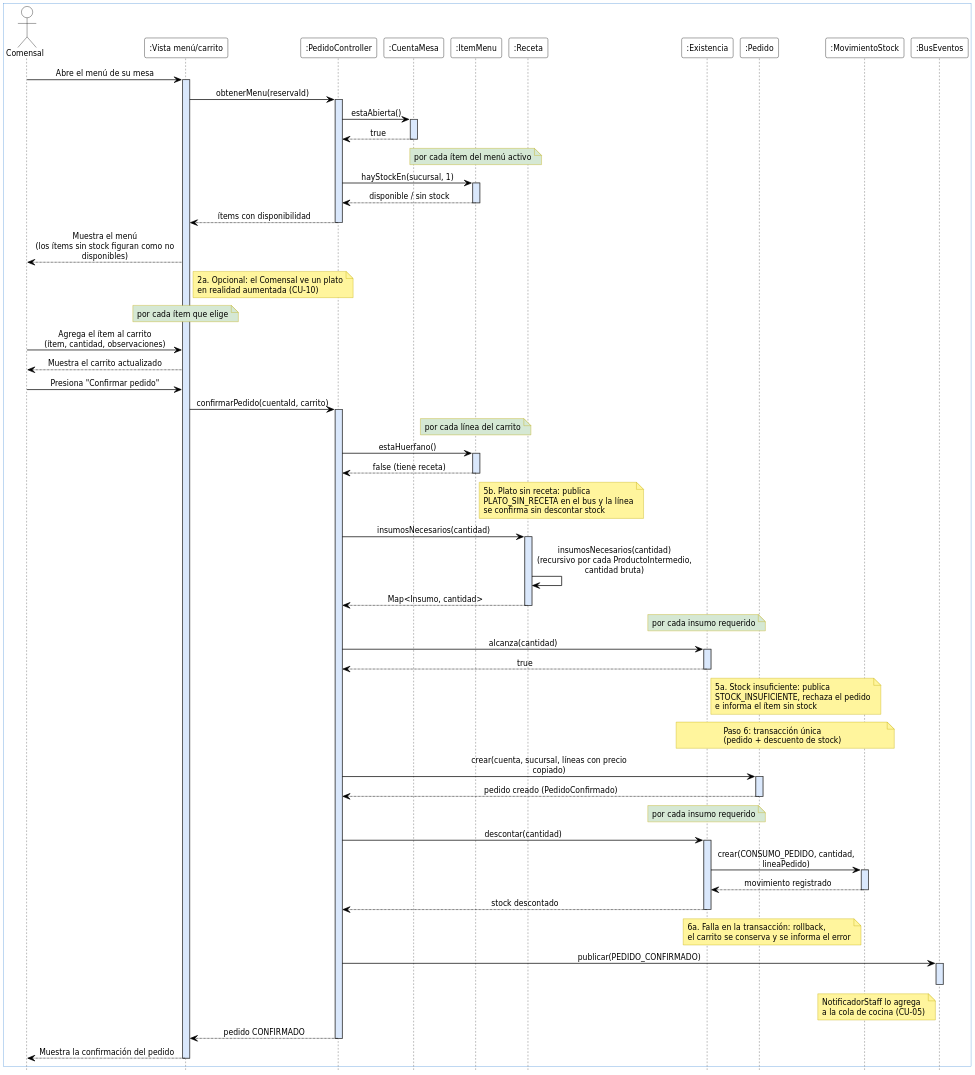
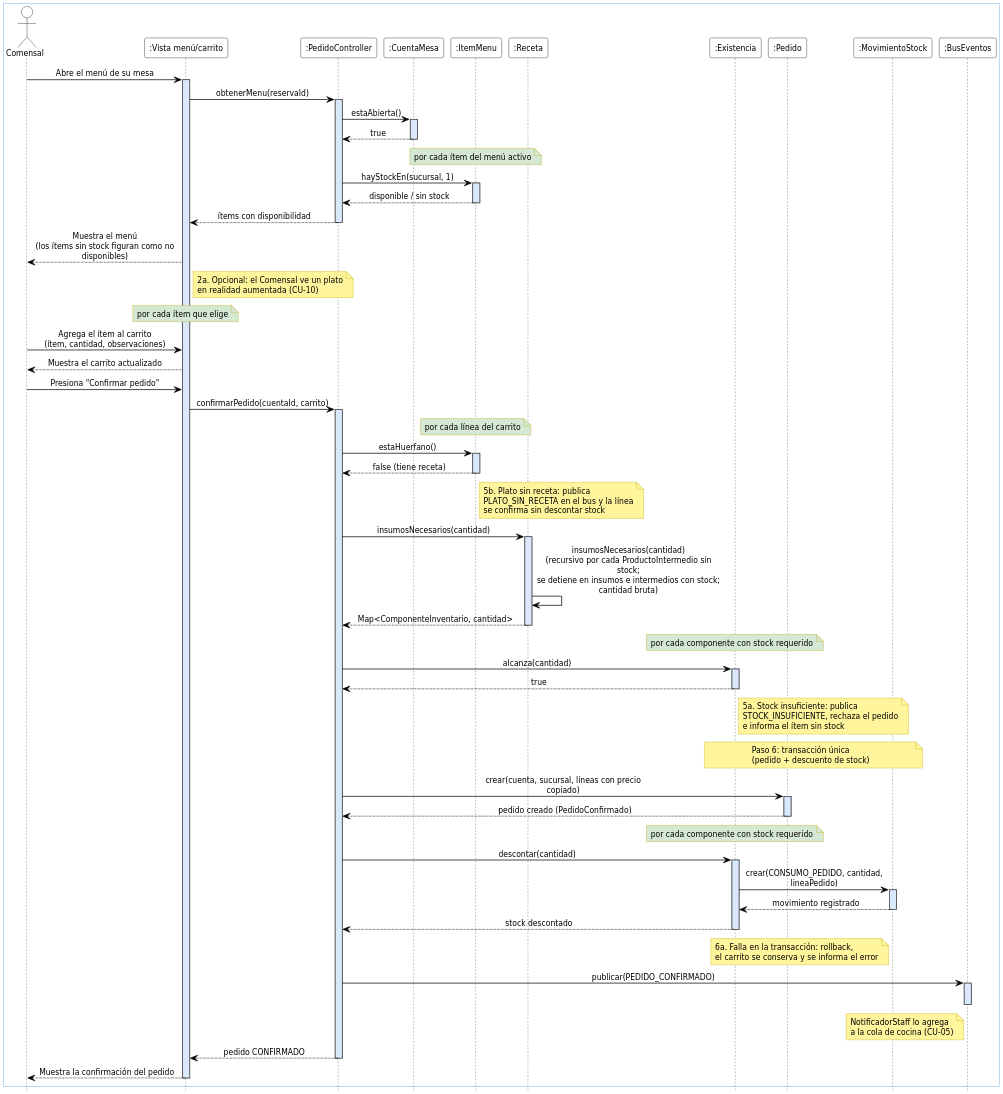
Before and after one commit to GabrielLigresti/TFG-PGIM: the diagram in docs/modelos/secuencia/CU-04-realizar-pedido/v1/cu-04-secuencia-v1.puml, drawn with PlantUML. The commit also changed 26 other files, not shown here.

Commit message:
Agregar los intermedios con stock, las tandas de producción y el motivo de merma en los modelos

```diff
--- a/docs/modelos/secuencia/CU-04-realizar-pedido/v1/cu-04-secuencia-v1.puml
+++ b/docs/modelos/secuencia/CU-04-realizar-pedido/v1/cu-04-secuencia-v1.puml
@@ -1,113 +1,113 @@
 @startuml cu-04-secuencia-v1
 ' Formato Vialia: participantes ":Clase", barras de activación celestes,
 ' sin numeración ni fragmentos; los flujos alternativos y los ciclos van como notas.
 skinparam dpi 200
 skinparam defaultFontName DejaVu Sans Condensed
 skinparam defaultFontSize 12
 skinparam shadowing false
 skinparam maxMessageSize 260
 skinparam sequenceMessageAlign center
 skinparam responseMessageBelowArrow false
 skinparam ArrowColor #000000
 skinparam ArrowThickness 1
 skinparam ActorBorderColor #000000
 skinparam ActorBackgroundColor #FFFFFF
 skinparam ActorFontColor #000000
 skinparam ParticipantBorderColor #000000
 skinparam ParticipantBackgroundColor #FFFFFF
 skinparam ParticipantFontColor #000000
 skinparam NoteBorderColor #BFA800
 skinparam NoteBackgroundColor #FFF59D
 skinparam NoteFontColor #000000
 skinparam BoxPadding 12
 skinparam sequence {
   LifeLineBorderColor #444444
   LifeLineBackgroundColor #DAE8FC
   BoxBorderColor #4A90D9
   BoxBackgroundColor #FFFFFF
 }
 hide footbox
 
 box
   actor Comensal as C
   participant ":Vista menú/carrito" as V
   participant ":PedidoController" as PC
   participant ":CuentaMesa" as CM
   participant ":ItemMenu" as IM
   participant ":Receta" as R
   participant ":Existencia" as E
   participant ":Pedido" as P
   participant ":MovimientoStock" as MS
   participant ":BusEventos" as BUS
 end box
 
 C -> V : Abre el menú de su mesa
 activate V
 V -> PC : obtenerMenu(reservaId)
 activate PC
 PC -> CM : estaAbierta()
 activate CM
 CM --> PC : true
 deactivate CM
 note over IM #D5E8D4 : por cada ítem del menú activo
 PC -> IM : hayStockEn(sucursal, 1)
 activate IM
 IM --> PC : disponible / sin stock
 deactivate IM
 PC --> V : ítems con disponibilidad
 deactivate PC
 V --> C : Muestra el menú\n(los ítems sin stock figuran como no disponibles)
 
 note right of V : 2a. Opcional: el Comensal ve un plato\nen realidad aumentada (CU-10)
 
 note over V #D5E8D4 : por cada ítem que elige
 C -> V : Agrega el ítem al carrito\n(ítem, cantidad, observaciones)
 V --> C : Muestra el carrito actualizado
 C -> V : Presiona "Confirmar pedido"
 V -> PC : confirmarPedido(cuentaId, carrito)
 activate PC
 
 note over IM #D5E8D4 : por cada línea del carrito
 PC -> IM : estaHuerfano()
 activate IM
 IM --> PC : false (tiene receta)
 deactivate IM
 note right of IM : 5b. Plato sin receta: publica\nPLATO_SIN_RECETA en el bus y la línea\nse confirma sin descontar stock
 PC -> R : insumosNecesarios(cantidad)
 activate R
-R -> R : insumosNecesarios(cantidad)\n(recursivo por cada ProductoIntermedio,\ncantidad bruta)
-R --> PC : Map<Insumo, cantidad>
+R -> R : insumosNecesarios(cantidad)\n(recursivo por cada ProductoIntermedio sin stock;\nse detiene en insumos e intermedios con stock;\ncantidad bruta)
+R --> PC : Map<ComponenteInventario, cantidad>
 deactivate R
 
-note over E #D5E8D4 : por cada insumo requerido
+note over E #D5E8D4 : por cada componente con stock requerido
 PC -> E : alcanza(cantidad)
 activate E
 E --> PC : true
 deactivate E
 note right of E : 5a. Stock insuficiente: publica\nSTOCK_INSUFICIENTE, rechaza el pedido\ne informa el ítem sin stock
 
 note over E, MS : Paso 6: transacción única\n(pedido + descuento de stock)
 PC -> P : crear(cuenta, sucursal, líneas con precio copiado)
 activate P
 P --> PC : pedido creado (PedidoConfirmado)
 deactivate P
-note over E #D5E8D4 : por cada insumo requerido
+note over E #D5E8D4 : por cada componente con stock requerido
 PC -> E : descontar(cantidad)
 activate E
 E -> MS : crear(CONSUMO_PEDIDO, cantidad, lineaPedido)
 activate MS
 MS --> E : movimiento registrado
 deactivate MS
 E --> PC : stock descontado
 deactivate E
 note left of MS : 6a. Falla en la transacción: rollback,\nel carrito se conserva y se informa el error
 
 PC -> BUS : publicar(PEDIDO_CONFIRMADO)
 activate BUS
 deactivate BUS
 note left of BUS : NotificadorStaff lo agrega\na la cola de cocina (CU-05)
 PC --> V : pedido CONFIRMADO
 deactivate PC
 V --> C : Muestra la confirmación del pedido
 deactivate V
 @enduml
```
